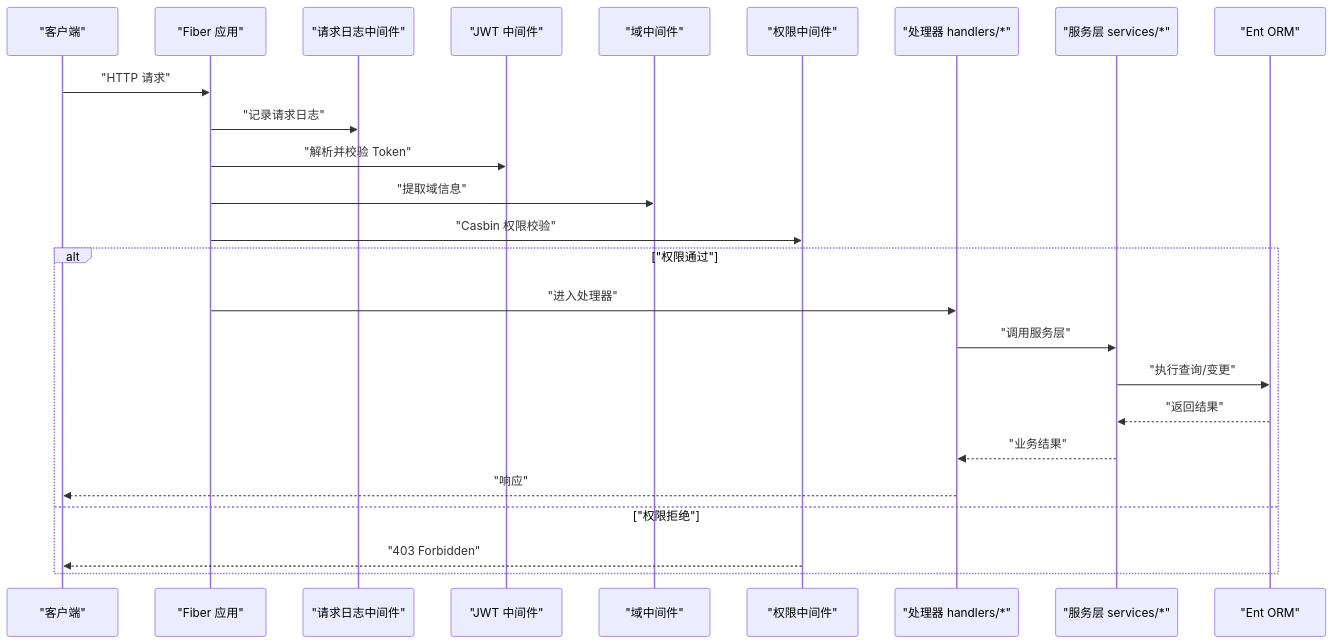
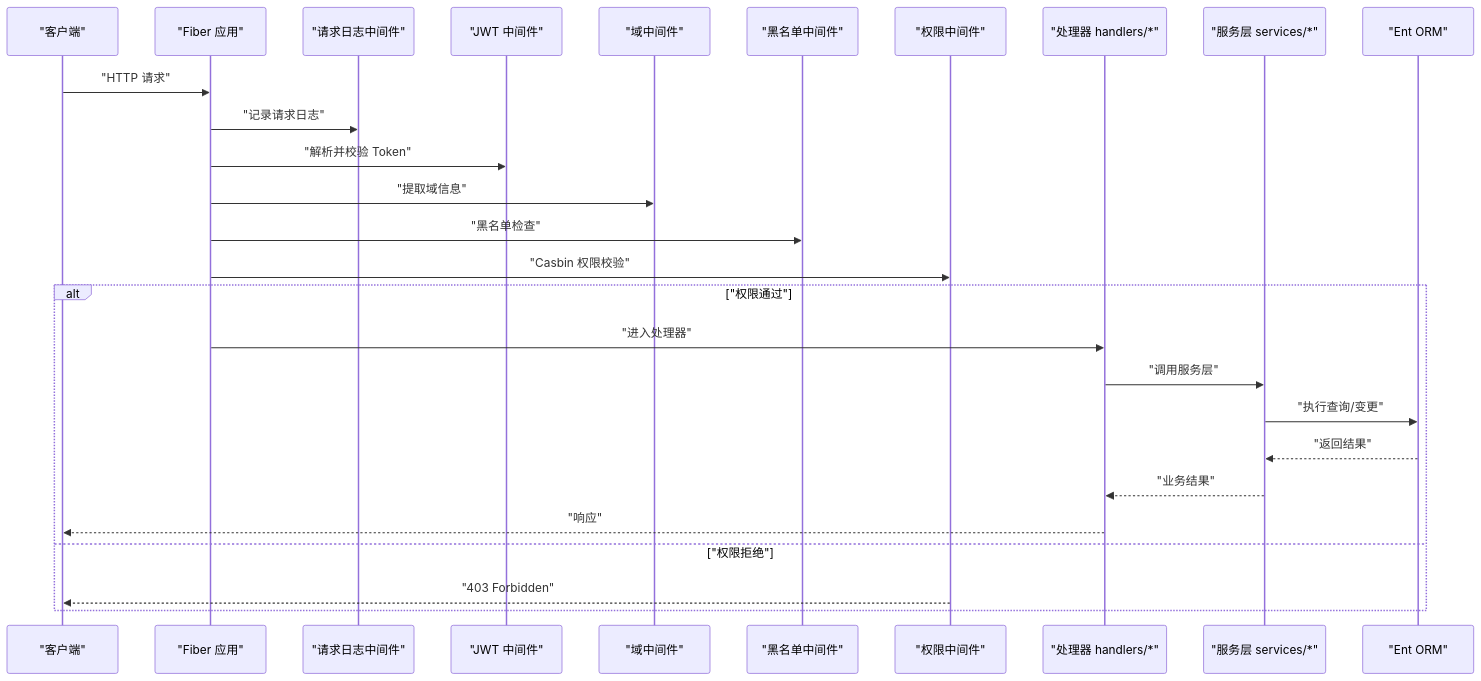
One commit to wuwuseo/e-sports-go-admin changed the second of 9 diagrams in .qoder/repowiki/zh/content/扩展开发/扩展开发.md. Above: the diagram before and after it, drawn with Mermaid. The commit also changed other lines of this file and 42 other files, not shown here.

````diff
--- a/.qoder/repowiki/zh/content/扩展开发/扩展开发.md
+++ b/.qoder/repowiki/zh/content/扩展开发/扩展开发.md
@@ -94,27 +118,29 @@
 ```mermaid
 sequenceDiagram
 participant Client as "客户端"
 participant Fiber as "Fiber 应用"
 participant Logger as "请求日志中间件"
 participant JWT as "JWT 中间件"
 participant Domain as "域中间件"
+participant Blacklist as "黑名单中间件"
 participant Perm as "权限中间件"
 participant Handler as "处理器 handlers/*"
 participant Svc as "服务层 services/*"
 participant ORM as "Ent ORM"
 Client->>Fiber : "HTTP 请求"
 Fiber->>Logger : "记录请求日志"
 Fiber->>JWT : "解析并校验 Token"
 Fiber->>Domain : "提取域信息"
+Fiber->>Blacklist : "黑名单检查"
 Fiber->>Perm : "Casbin 权限校验"
 alt "权限通过"
 Fiber->>Handler : "进入处理器"
 Handler->>Svc : "调用服务层"
 Svc->>ORM : "执行查询/变更"
 ORM-->>Svc : "返回结果"
 Svc-->>Handler : "业务结果"
 Handler-->>Client : "响应"
 else "权限拒绝"
 Perm-->>Client : "403 Forbidden"
 end
 ```
````
